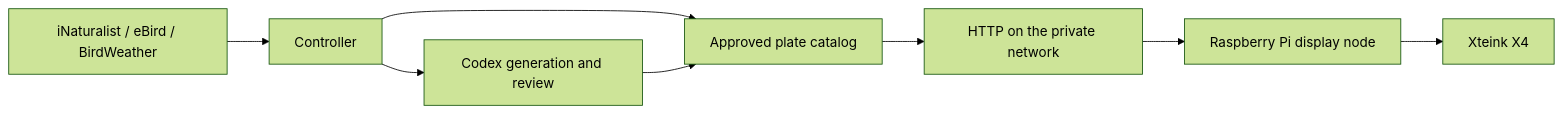
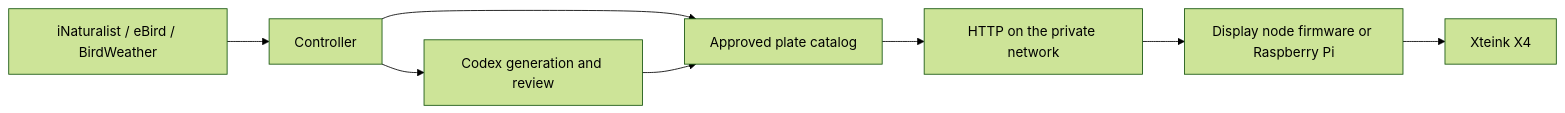
One commit to shelbeeely/Xteink-bird-frame changed the diagram in README.md. Above: the diagram before and after it, drawn with Mermaid (forest theme). The commit also changed other lines of this file and 15 other files, not shown here.

Commit message:
Add Xteink firmware display client

````diff
--- a/README.md
+++ b/README.md
@@ -34,10 +34,10 @@
 ```mermaid
 flowchart LR
     A["iNaturalist / eBird / BirdWeather"] --> B["Controller"]
     B --> C["Approved plate catalog"]
     C --> D["HTTP on the private network"]
-    D --> E["Raspberry Pi display node"]
+    D --> E["Display node firmware or Raspberry Pi"]
     E --> F["Xteink X4"]
     B --> G["Codex generation and review"]
     G --> C
 ```
````
